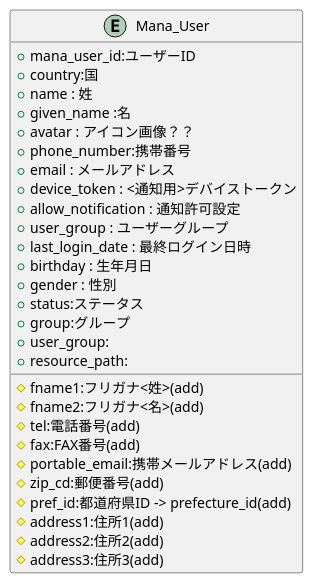
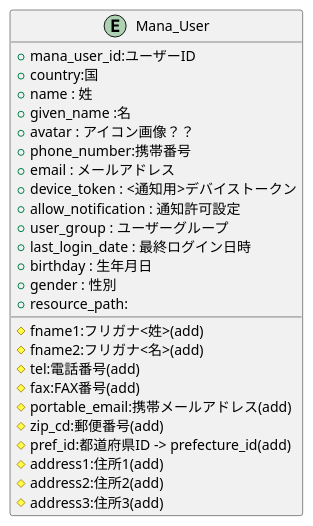
Before and after one commit to popoposorara/ERP_ER: the diagram in Entity/Mana_User.pu, drawn with PlantUML. The commit also changed 32 other files, not shown here.

```diff
--- a/Entity/Mana_User.pu
+++ b/Entity/Mana_User.pu
@@ -1,33 +1,30 @@
 @startuml
 
 entity "Mana_User" {
     + mana_user_id:ユーザーID
     + country:国
     + name : 姓
     + given_name :名
     # fname1:フリガナ<姓>(add)
     # fname2:フリガナ<名>(add)
     + avatar : アイコン画像？？
     # tel:電話番号(add)
     # fax:FAX番号(add)
     + phone_number:携帯番号
     + email : メールアドレス
     # portable_email:携帯メールアドレス(add)
     + device_token : <通知用>デバイストークン
     + allow_notification : 通知許可設定
     + user_group : ユーザーグループ
     + last_login_date : 最終ログイン日時
     + birthday : 生年月日
     + gender : 性別
-    + status:ステータス
-    + group:グループ
-    + user_group:
     + resource_path:
     # zip_cd:郵便番号(add)
     # pref_id:都道府県ID -> prefecture_id(add)
     # address1:住所1(add)
     # address2:住所2(add)
     # address3:住所3(add)
 }
 
 @enduml
```
